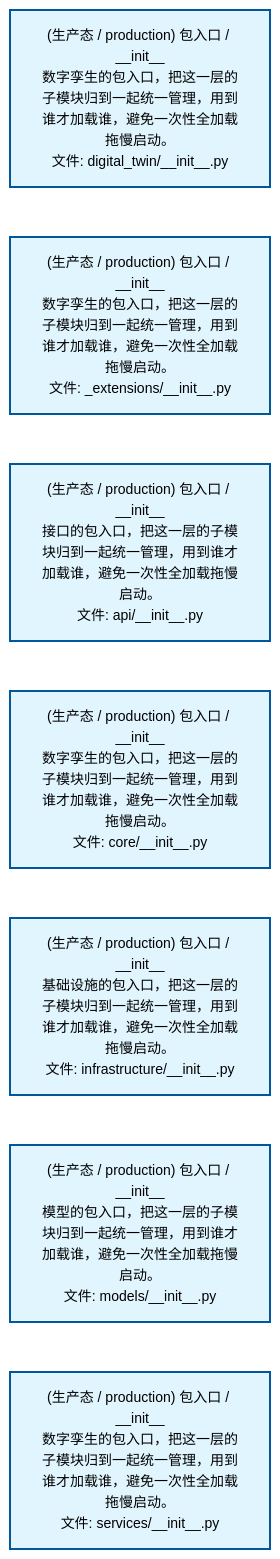
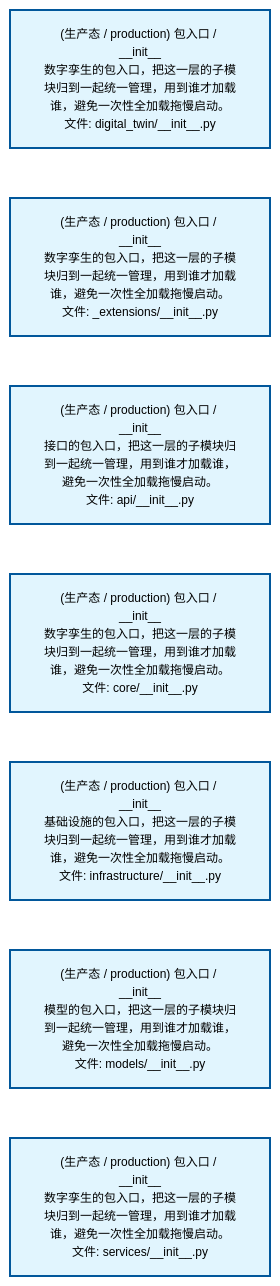
One commit to xuanFelixVan/ZephyrAlpha changed the first of 2 diagrams in docs/02_enterprise_architecture/02_domain_architecture_docs/42_d_digital_twin.md. Above: the diagram before and after it, drawn with Mermaid. The commit also changed other lines of this file and 62 other files, not shown here.

````diff
--- a/docs/02_enterprise_architecture/02_domain_architecture_docs/42_d_digital_twin.md
+++ b/docs/02_enterprise_architecture/02_domain_architecture_docs/42_d_digital_twin.md
@@ -53,22 +53,22 @@
 ```mermaid
-%%{init: {'theme': 'base', 'themeVariables': {'primaryColor': '#eaeaea', 'primaryTextColor': '#333333', 'primaryBorderColor': '#666666', 'lineColor': '#666666', 'secondaryColor': '#eaeaea', 'tertiaryColor': '#eaeaea', 'fontSize': '14px'}}}%%
+%%{init: {'theme': 'base', 'themeVariables': {'primaryColor': '#eaeaea', 'primaryTextColor': '#333333', 'primaryBorderColor': '#666666', 'lineColor': '#666666', 'secondaryColor': '#eaeaea', 'tertiaryColor': '#eaeaea', 'fontSize': '12px'}}}%%
 flowchart TD
     src_zephyr_digital_twin_init_py["(生产态 / production) 包入口 / __init__<br/>数字孪生的包入口，把这一层的子模块归到一起统一管理，用到谁才加载谁，避免一次性全加载拖慢启动。<br/>文件: digital_twin/__init__.py"]
     src_zephyr_digital_twin_extensions_init_py["(生产态 / production) 包入口 / __init__<br/>数字孪生的包入口，把这一层的子模块归到一起统一管理，用到谁才加载谁，避免一次性全加载拖慢启动。<br/>文件: _extensions/__init__.py"]
     src_zephyr_digital_twin_api_init_py["(生产态 / production) 包入口 / __init__<br/>接口的包入口，把这一层的子模块归到一起统一管理，用到谁才加载谁，避免一次性全加载拖慢启动。<br/>文件: api/__init__.py"]
     src_zephyr_digital_twin_core_init_py["(生产态 / production) 包入口 / __init__<br/>数字孪生的包入口，把这一层的子模块归到一起统一管理，用到谁才加载谁，避免一次性全加载拖慢启动。<br/>文件: core/__init__.py"]
     src_zephyr_digital_twin_infrastructure_init_py["(生产态 / production) 包入口 / __init__<br/>基础设施的包入口，把这一层的子模块归到一起统一管理，用到谁才加载谁，避免一次性全加载拖慢启动。<br/>文件: infrastructure/__init__.py"]
     src_zephyr_digital_twin_models_init_py["(生产态 / production) 包入口 / __init__<br/>模型的包入口，把这一层的子模块归到一起统一管理，用到谁才加载谁，避免一次性全加载拖慢启动。<br/>文件: models/__init__.py"]
     src_zephyr_digital_twin_services_init_py["(生产态 / production) 包入口 / __init__<br/>数字孪生的包入口，把这一层的子模块归到一起统一管理，用到谁才加载谁，避免一次性全加载拖慢启动。<br/>文件: services/__init__.py"]
     src_zephyr_digital_twin_init_py ~~~ src_zephyr_digital_twin_extensions_init_py
     src_zephyr_digital_twin_extensions_init_py ~~~ src_zephyr_digital_twin_api_init_py
     src_zephyr_digital_twin_api_init_py ~~~ src_zephyr_digital_twin_core_init_py
     src_zephyr_digital_twin_core_init_py ~~~ src_zephyr_digital_twin_infrastructure_init_py
     src_zephyr_digital_twin_infrastructure_init_py ~~~ src_zephyr_digital_twin_models_init_py
     src_zephyr_digital_twin_models_init_py ~~~ src_zephyr_digital_twin_services_init_py
     classDef production fill:#e1f5fe,stroke:#01579b,stroke-width:2px,color:#000
     classDef design fill:#fff3e0,stroke:#e65100,stroke-width:2px,color:#000,stroke-dasharray: 5 5
     classDef external_prod fill:#e8f4fd,stroke:#0277bd,stroke-width:1px,color:#000
     classDef external_design fill:#fff8e7,stroke:#ef6c00,stroke-width:1px,color:#000,stroke-dasharray: 5 5
     class src_zephyr_digital_twin_init_py,src_zephyr_digital_twin_extensions_init_py,src_zephyr_digital_twin_api_init_py,src_zephyr_digital_twin_core_init_py,src_zephyr_digital_twin_infrastructure_init_py,src_zephyr_digital_twin_models_init_py,src_zephyr_digital_twin_services_init_py production
 ```
````
